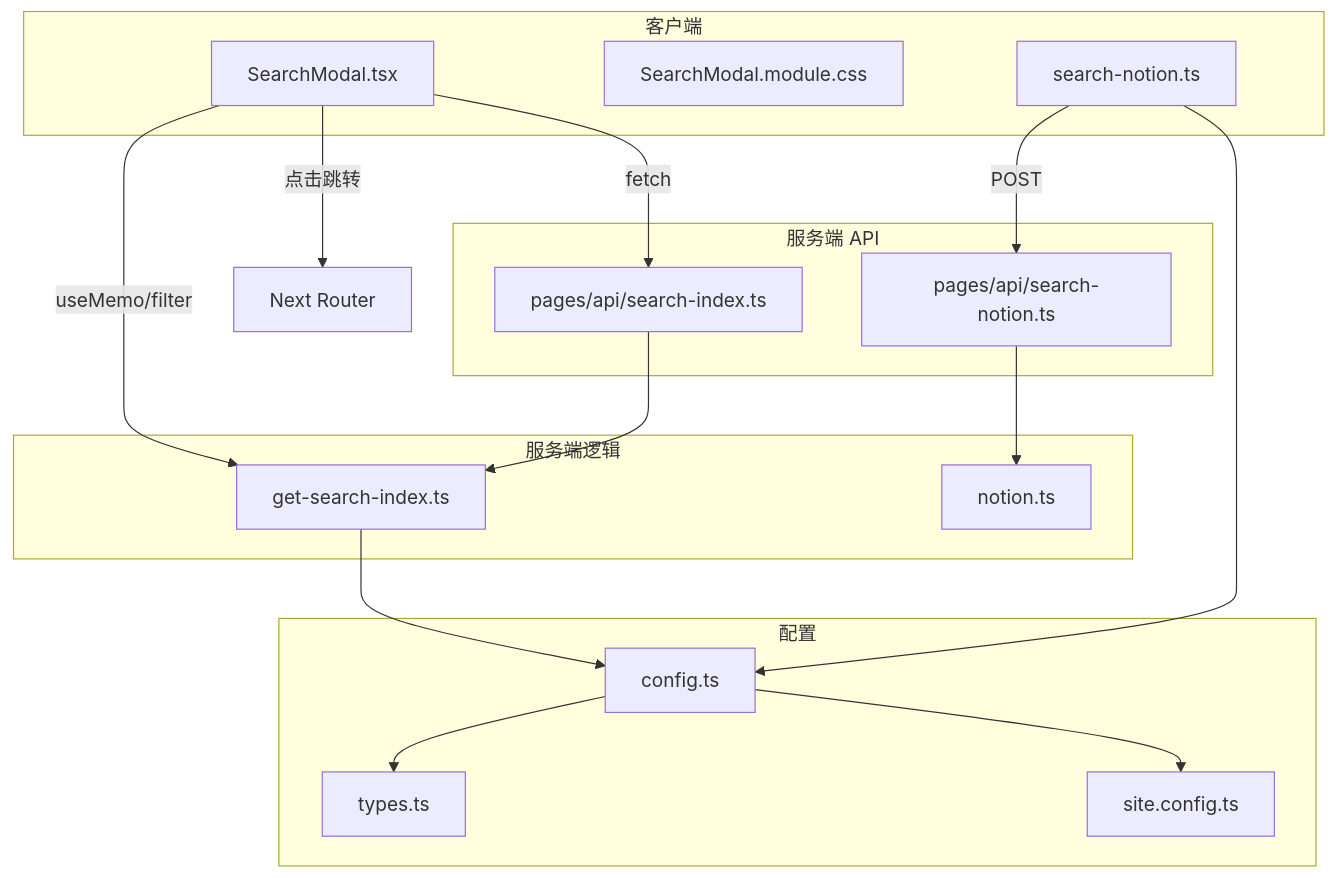
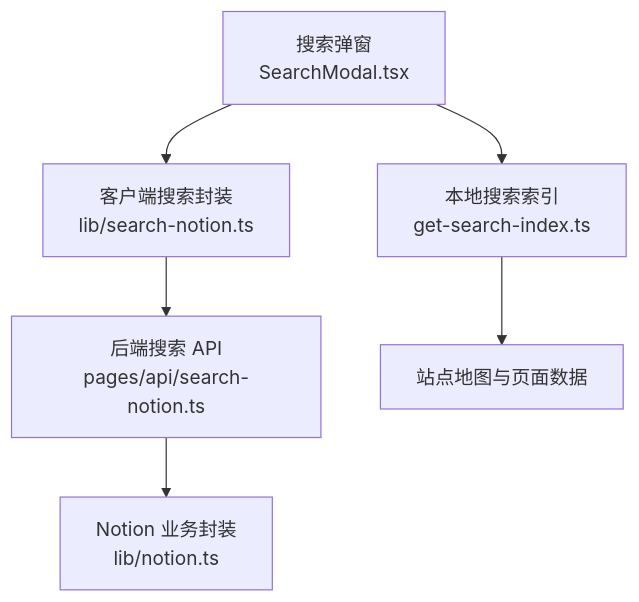
Before and after one commit to PhysicalMouse/nextjs-notion-starter-kit: the first of 8 diagrams in .qoder/repowiki/zh/content/搜索功能/搜索功能.md, drawn with Mermaid. The commit also changed other lines of this file and 186 other files, not shown here.

````diff
--- a/.qoder/repowiki/zh/content/搜索功能/搜索功能.md
+++ b/.qoder/repowiki/zh/content/搜索功能/搜索功能.md
@@ -43,31 +50,8 @@
 ```mermaid
 graph TB
-subgraph "客户端"
-SM["SearchModal.tsx"]
-CSS["SearchModal.module.css"]
-SNL["search-notion.ts"]
-end
-subgraph "服务端 API"
-API_SN["pages/api/search-notion.ts"]
-API_SI["pages/api/search-index.ts"]
-end
-subgraph "服务端逻辑"
-GSI["get-search-index.ts"]
-NOTION["notion.ts"]
-end
-subgraph "配置"
-CFG["config.ts"]
-TYPES["types.ts"]
-SITECFG["site.config.ts"]
-end
-SM --> |fetch| API_SI
-SM --> |useMemo/filter| GSI
-SM --> |点击跳转| Router["Next Router"]
-SNL --> |POST| API_SN
-API_SN --> NOTION
-API_SI --> GSI
-GSI --> CFG
-SNL --> CFG
-CFG --> TYPES
-CFG --> SITECFG
+UI["搜索弹窗<br/>SearchModal.tsx"] --> LocalIndex["本地搜索索引<br/>get-search-index.ts"]
+UI --> ClientSearch["客户端搜索封装<br/>lib/search-notion.ts"]
+ClientSearch --> ServerAPI["后端搜索 API<br/>pages/api/search-notion.ts"]
+ServerAPI --> NotionLib["Notion 业务封装<br/>lib/notion.ts"]
+LocalIndex --> SiteMap["站点地图与页面数据"]
 ```
````
